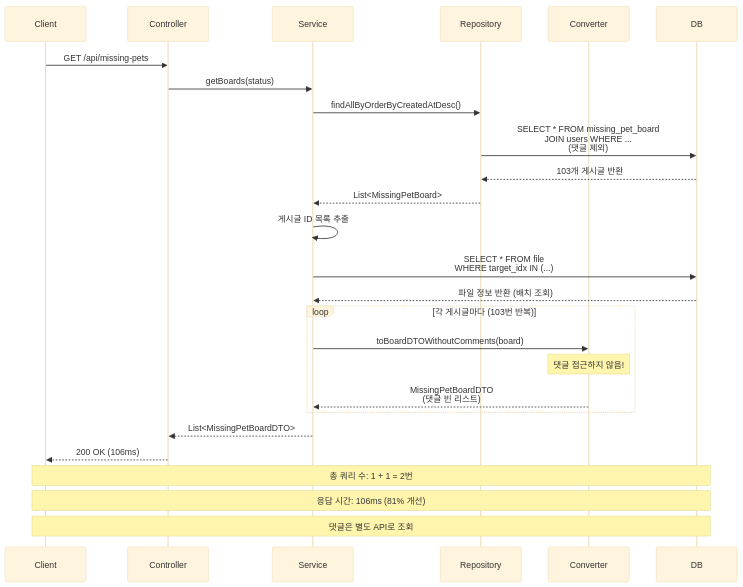
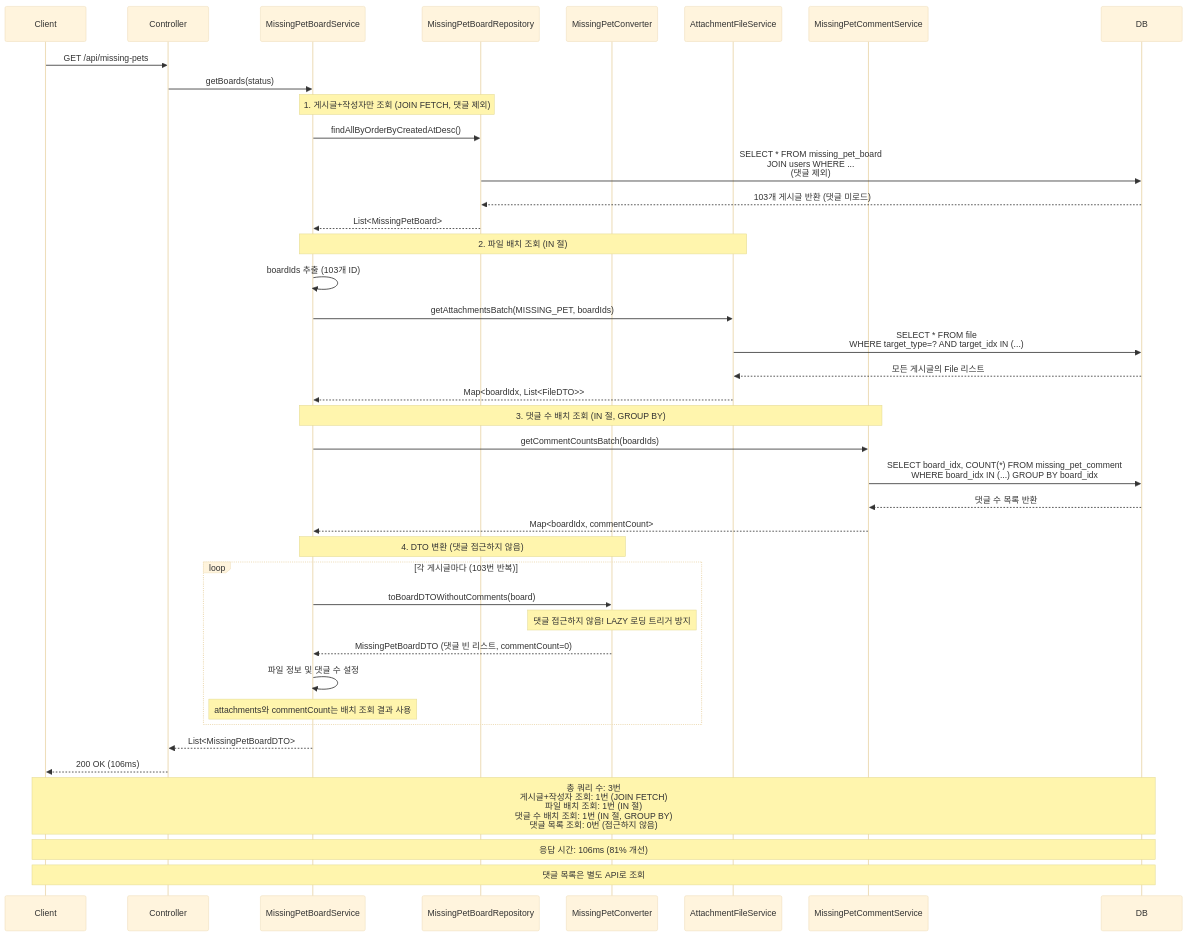
One commit to makkong1/Petory changed the second of 2 diagrams in docs/troubleshooting/missing-pet/n-plus-one-query-issue.md. Above: the diagram before and after it, drawn with Mermaid (base theme). The commit also changed other lines of this file, not shown here.

````diff
--- a/docs/troubleshooting/missing-pet/n-plus-one-query-issue.md
+++ b/docs/troubleshooting/missing-pet/n-plus-one-query-issue.md
@@ -208,34 +208,49 @@
 ```mermaid
 sequenceDiagram
     participant Client
     participant Controller
-    participant Service
-    participant Repository
-    participant Converter
+    participant Service as MissingPetBoardService
+    participant Repo as MissingPetBoardRepository
+    participant Converter as MissingPetConverter
+    participant FileService as AttachmentFileService
+    participant CommentService as MissingPetCommentService
     participant DB
 
     Client->>Controller: GET /api/missing-pets
     Controller->>Service: getBoards(status)
     
-    Service->>Repository: findAllByOrderByCreatedAtDesc()
-    Repository->>DB: SELECT * FROM missing_pet_board<br/>JOIN users WHERE ...<br/>(댓글 제외)
-    DB-->>Repository: 103개 게시글 반환
-    Repository-->>Service: List<MissingPetBoard>
+    Note over Service,Repo: 1. 게시글+작성자만 조회 (JOIN FETCH, 댓글 제외)
+    Service->>Repo: findAllByOrderByCreatedAtDesc()
+    Repo->>DB: SELECT * FROM missing_pet_board<br/>JOIN users WHERE ...<br/>(댓글 제외)
+    DB-->>Repo: 103개 게시글 반환 (댓글 미로드)
+    Repo-->>Service: List<MissingPetBoard>
     
-    Service->>Service: 게시글 ID 목록 추출
-    Service->>DB: SELECT * FROM file<br/>WHERE target_idx IN (...)
-    DB-->>Service: 파일 정보 반환 (배치 조회)
+    Note over Service,FileService: 2. 파일 배치 조회 (IN 절)
+    Service->>Service: boardIds 추출 (103개 ID)
+    Service->>FileService: getAttachmentsBatch(MISSING_PET, boardIds)
+    FileService->>DB: SELECT * FROM file<br/>WHERE target_type=? AND target_idx IN (...)
+    DB-->>FileService: 모든 게시글의 File 리스트
+    FileService-->>Service: Map<boardIdx, List<FileDTO>>
     
+    Note over Service,CommentService: 3. 댓글 수 배치 조회 (IN 절, GROUP BY)
+    Service->>CommentService: getCommentCountsBatch(boardIds)
+    CommentService->>DB: SELECT board_idx, COUNT(*) FROM missing_pet_comment<br/>WHERE board_idx IN (...) GROUP BY board_idx
+    DB-->>CommentService: 댓글 수 목록 반환
+    CommentService-->>Service: Map<boardIdx, commentCount>
+    
+    Note over Service,Converter: 4. DTO 변환 (댓글 접근하지 않음)
     loop 각 게시글마다 (103번 반복)
         Service->>Converter: toBoardDTOWithoutComments(board)
-        Note over Converter: 댓글 접근하지 않음!
-        Converter-->>Service: MissingPetBoardDTO<br/>(댓글 빈 리스트)
+        Note over Converter: 댓글 접근하지 않음! LAZY 로딩 트리거 방지
+        Converter-->>Service: MissingPetBoardDTO (댓글 빈 리스트, commentCount=0)
+        Service->>Service: 파일 정보 및 댓글 수 설정
+        Note over Service: attachments와 commentCount는 배치 조회 결과 사용
     end
     
     Service-->>Controller: List<MissingPetBoardDTO>
     Controller-->>Client: 200 OK (106ms)
     
-    Note over Client,DB: 총 쿼리 수: 1 + 1 = 2번
+    Note over Client,DB: 총 쿼리 수: 3번<br/>게시글+작성자 조회: 1번 (JOIN FETCH)<br/>파일 배치 조회: 1번 (IN 절)<br/>댓글 수 배치 조회: 1번 (IN 절, GROUP BY)<br/>댓글 목록 조회: 0번 (접근하지 않음)
     Note over Client,DB: 응답 시간: 106ms (81% 개선)
-    Note over Client,DB: 댓글은 별도 API로 조회
+    Note over Client,DB: 댓글 목록은 별도 API로 조회
 ```
````
